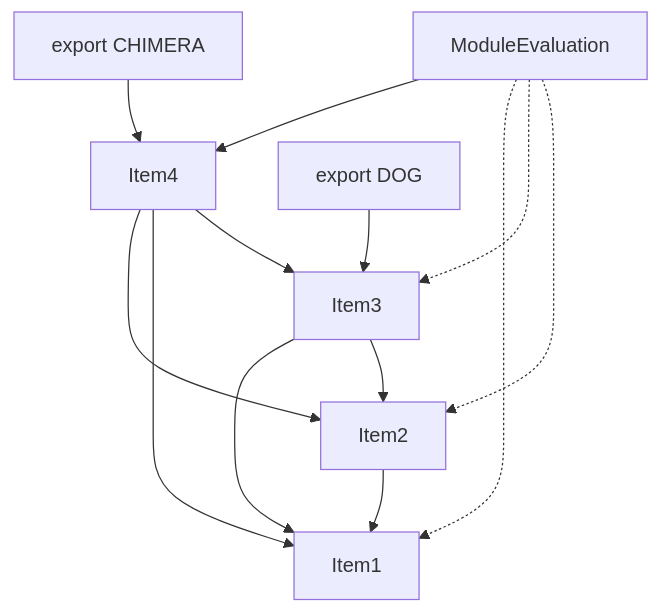
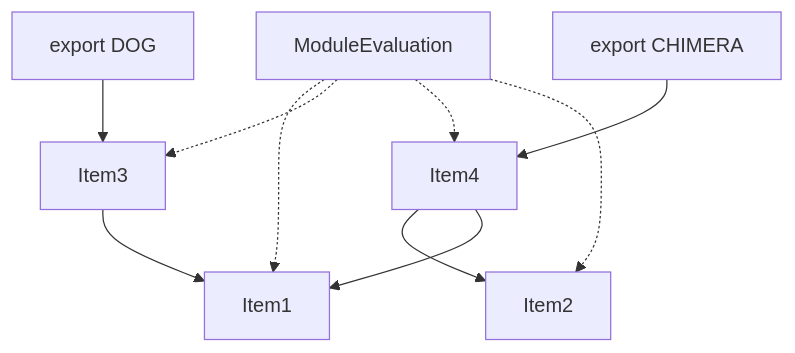
The fourth of 4 diagrams in crates/turbopack-ecmascript/tests/tree-shaker/analyzer/simple/output.md (vercel/turborepo), drawn with Mermaid before and after one commit. The commit also changed other lines of this file and 3 other files, not shown here.

````diff
--- a/crates/turbopack-ecmascript/tests/tree-shaker/analyzer/simple/output.md
+++ b/crates/turbopack-ecmascript/tests/tree-shaker/analyzer/simple/output.md
@@ -109,25 +99,22 @@
 ```mermaid
 graph TD
     Item1;
     Item2;
     Item3;
     Item4;
     Item5;
     Item5["ModuleEvaluation"];
     Item6;
     Item6["export DOG"];
     Item7;
     Item7["export CHIMERA"];
-    Item2 --> Item1;
     Item3 --> Item1;
-    Item3 --> Item2;
     Item4 --> Item2;
     Item4 --> Item1;
-    Item4 --> Item3;
-    Item5 --> Item4;
     Item5 -.-> Item1;
     Item5 -.-> Item3;
+    Item5 -.-> Item4;
     Item5 -.-> Item2;
     Item6 --> Item3;
     Item7 --> Item4;
 ```
````
